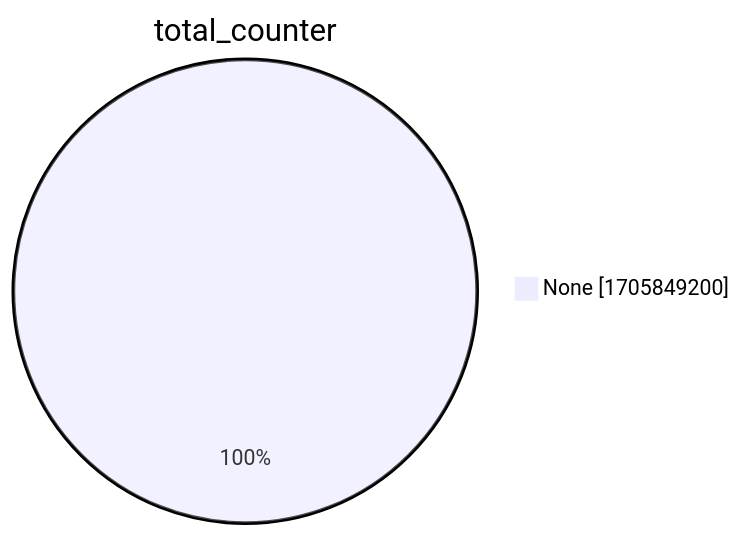
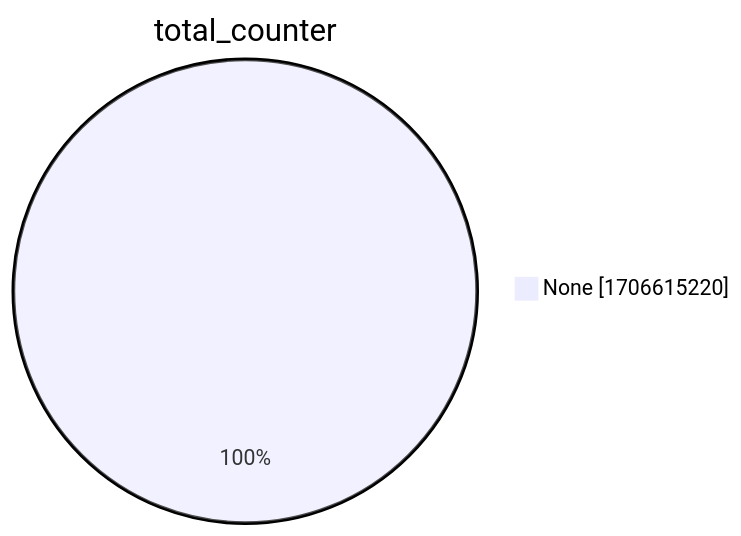
The second of 15 diagrams in xenon2022/README.md (christiankrug/ctmonitor_visualization), drawn with Mermaid before and after one commit. The commit also changed other lines of this file, not shown here.

````diff
--- a/xenon2022/README.md
+++ b/xenon2022/README.md
@@ -9,5 +9,5 @@
 ```mermaid
 pie showData
 title total_counter
-"None" :1705849200
+"None" :1706615220
 ```
````
